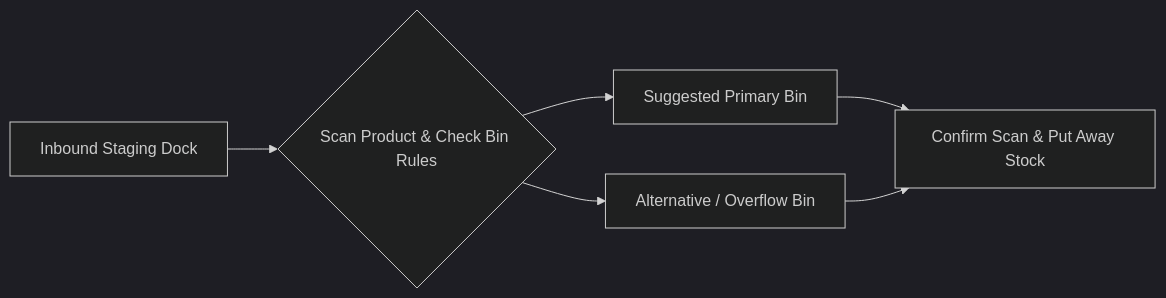
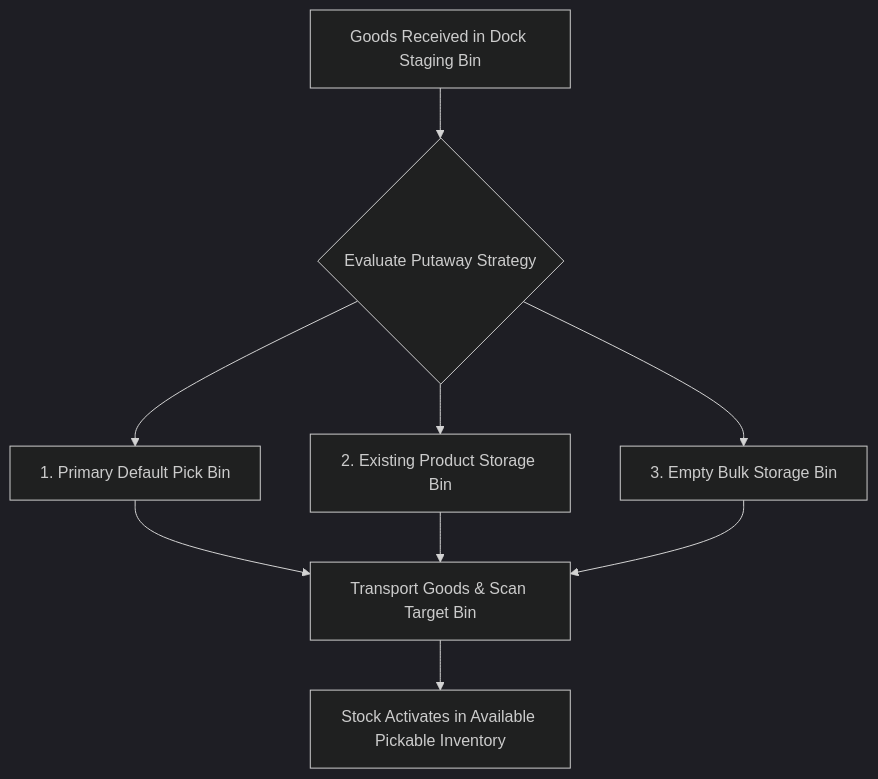
Before and after one commit to herobmdotcom/herobm: the diagram in docs/user/putaway.md, drawn with Mermaid (dark theme). The commit also changed other lines of this file and 168 other files, not shown here.

````diff
--- a/docs/user/putaway.md
+++ b/docs/user/putaway.md
@@ -39,8 +40,9 @@
 ```mermaid
-flowchart LR
-    A[Inbound Staging Dock] --> B{Scan Product & Check Bin Rules}
-    B --> C[Suggested Primary Bin]
-    B --> D[Alternative / Overflow Bin]
-    C --> E[Confirm Scan & Put Away Stock]
-    D --> E
+flowchart TD
+    A[Goods Received in Dock Staging Bin] --> B{Evaluate Putaway Strategy}
+    B --> C[1. Primary Default Pick Bin]
+    B --> D[2. Existing Product Storage Bin]
+    B --> E[3. Empty Bulk Storage Bin]
+    C & D & E --> F[Transport Goods & Scan Target Bin]
+    F --> G[Stock Activates in Available Pickable Inventory]
 ```
````
